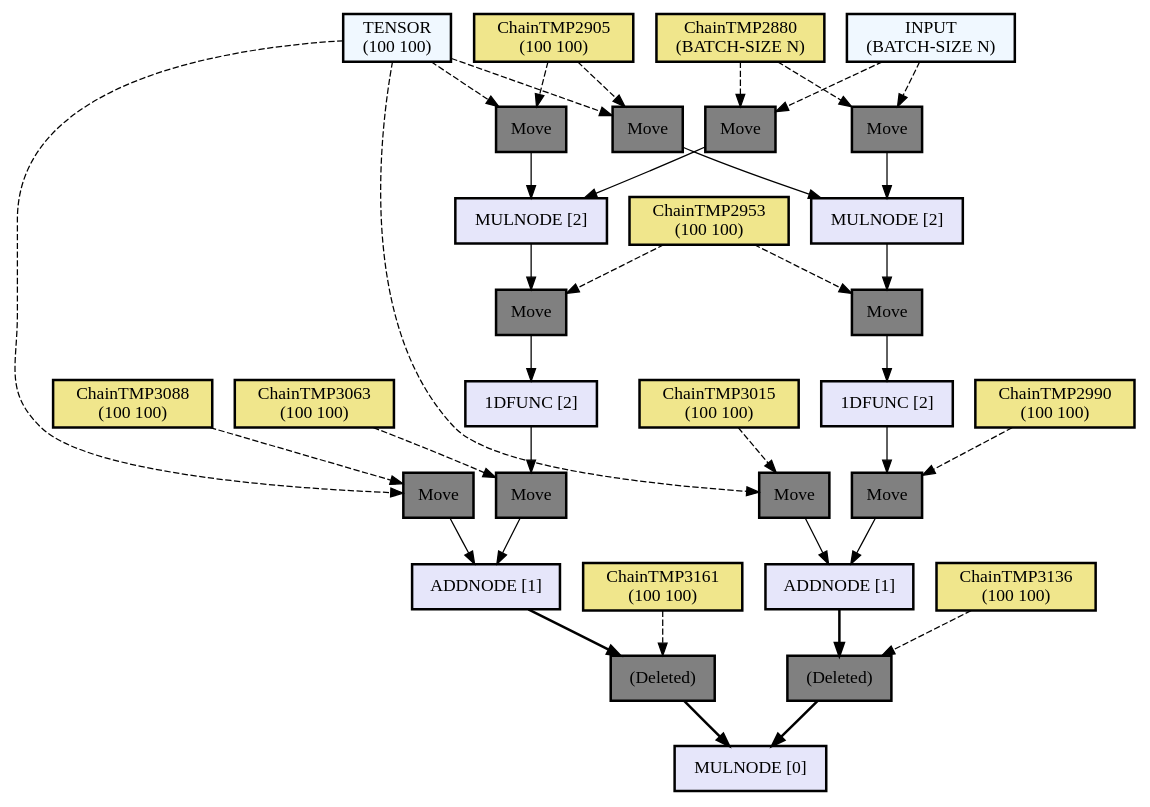
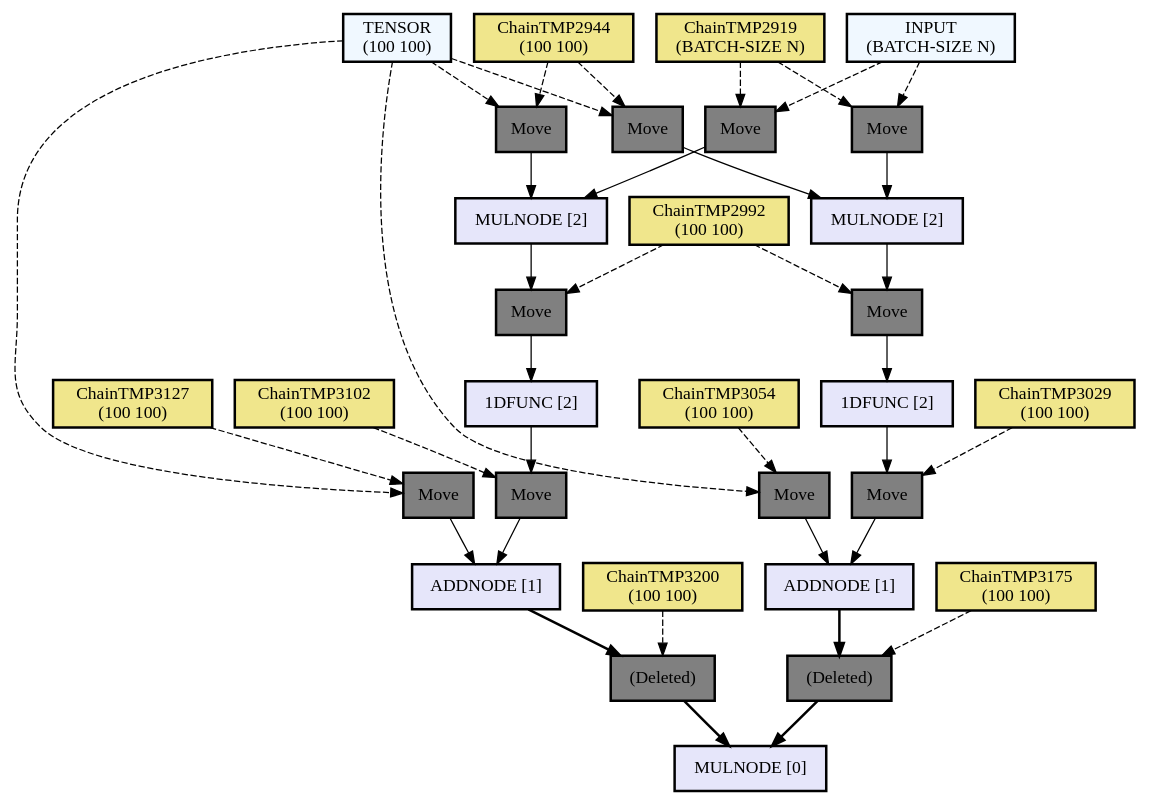
The diagram in assets/out2.dot (hikettei/cl-waffe2), drawn with Graphviz before and after one commit. The commit also changed 9 other files, not shown here.

```diff
--- a/assets/out2.dot
+++ b/assets/out2.dot
@@ -1,94 +1,94 @@
 digraph computation_node {
   node[shape="box" style="filled" color="black" penwidth="2"];
   TENSOR [label = "TENSOR
 (100 100)" fillcolor="#f0f8ff" style="filled, solid"];
-  ChainTMP3088 [label = "ChainTMP3088
+  ChainTMP3127 [label = "ChainTMP3127
 (100 100)" fillcolor="#f0e68c" style="filled, solid"];
-  NODE3380 [label = "Move" fillcolor="gray" style="filled, solid"];
+  NODE3419 [label = "Move" fillcolor="gray" style="filled, solid"];
   TENSOR [label = "TENSOR
 (100 100)" fillcolor="#f0f8ff" style="filled, solid"];
-  ChainTMP2905 [label = "ChainTMP2905
+  ChainTMP2944 [label = "ChainTMP2944
 (100 100)" fillcolor="#f0e68c" style="filled, solid"];
-  NODE3377 [label = "Move" fillcolor="gray" style="filled, solid"];
+  NODE3416 [label = "Move" fillcolor="gray" style="filled, solid"];
   INPUT [label = "INPUT
 (BATCH-SIZE N)" fillcolor="#f0f8ff" style="filled, solid"];
-  ChainTMP2880 [label = "ChainTMP2880
+  ChainTMP2919 [label = "ChainTMP2919
 (BATCH-SIZE N)" fillcolor="#f0e68c" style="filled, solid"];
-  NODE3374 [label = "Move" fillcolor="gray" style="filled, solid"];
-  NODE3373 [label = "MULNODE [2]" fillcolor="#e6e6fa" style="filled, solid"];
-  ChainTMP2953 [label = "ChainTMP2953
+  NODE3413 [label = "Move" fillcolor="gray" style="filled, solid"];
+  NODE3412 [label = "MULNODE [2]" fillcolor="#e6e6fa" style="filled, solid"];
+  ChainTMP2992 [label = "ChainTMP2992
 (100 100)" fillcolor="#f0e68c" style="filled, solid"];
-  NODE3371 [label = "Move" fillcolor="gray" style="filled, solid"];
-  NODE3370 [label = "1DFUNC [2]" fillcolor="#e6e6fa" style="filled, solid"];
-  ChainTMP3063 [label = "ChainTMP3063
+  NODE3410 [label = "Move" fillcolor="gray" style="filled, solid"];
+  NODE3409 [label = "1DFUNC [2]" fillcolor="#e6e6fa" style="filled, solid"];
+  ChainTMP3102 [label = "ChainTMP3102
 (100 100)" fillcolor="#f0e68c" style="filled, solid"];
-  NODE3368 [label = "Move" fillcolor="gray" style="filled, solid"];
-  NODE3367 [label = "ADDNODE [1]" fillcolor="#e6e6fa" style="filled, solid"];
-  ChainTMP3161 [label = "ChainTMP3161
+  NODE3407 [label = "Move" fillcolor="gray" style="filled, solid"];
+  NODE3406 [label = "ADDNODE [1]" fillcolor="#e6e6fa" style="filled, solid"];
+  ChainTMP3200 [label = "ChainTMP3200
 (100 100)" fillcolor="#f0e68c" style="filled, solid"];
-  NODE3365 [label = "(Deleted)" fillcolor="gray" style="filled, solid"];
+  NODE3404 [label = "(Deleted)" fillcolor="gray" style="filled, solid"];
   TENSOR [label = "TENSOR
 (100 100)" fillcolor="#f0f8ff" style="filled, solid"];
-  ChainTMP3015 [label = "ChainTMP3015
+  ChainTMP3054 [label = "ChainTMP3054
 (100 100)" fillcolor="#f0e68c" style="filled, solid"];
-  NODE3362 [label = "Move" fillcolor="gray" style="filled, solid"];
+  NODE3401 [label = "Move" fillcolor="gray" style="filled, solid"];
   TENSOR [label = "TENSOR
 (100 100)" fillcolor="#f0f8ff" style="filled, solid"];
-  ChainTMP2905 [label = "ChainTMP2905
+  ChainTMP2944 [label = "ChainTMP2944
 (100 100)" fillcolor="#f0e68c" style="filled, solid"];
-  NODE3359 [label = "Move" fillcolor="gray" style="filled, solid"];
+  NODE3398 [label = "Move" fillcolor="gray" style="filled, solid"];
   INPUT [label = "INPUT
 (BATCH-SIZE N)" fillcolor="#f0f8ff" style="filled, solid"];
-  ChainTMP2880 [label = "ChainTMP2880
+  ChainTMP2919 [label = "ChainTMP2919
 (BATCH-SIZE N)" fillcolor="#f0e68c" style="filled, solid"];
-  NODE3356 [label = "Move" fillcolor="gray" style="filled, solid"];
-  NODE3355 [label = "MULNODE [2]" fillcolor="#e6e6fa" style="filled, solid"];
-  ChainTMP2953 [label = "ChainTMP2953
+  NODE3395 [label = "Move" fillcolor="gray" style="filled, solid"];
+  NODE3394 [label = "MULNODE [2]" fillcolor="#e6e6fa" style="filled, solid"];
+  ChainTMP2992 [label = "ChainTMP2992
 (100 100)" fillcolor="#f0e68c" style="filled, solid"];
-  NODE3353 [label = "Move" fillcolor="gray" style="filled, solid"];
-  NODE3352 [label = "1DFUNC [2]" fillcolor="#e6e6fa" style="filled, solid"];
-  ChainTMP2990 [label = "ChainTMP2990
+  NODE3392 [label = "Move" fillcolor="gray" style="filled, solid"];
+  NODE3391 [label = "1DFUNC [2]" fillcolor="#e6e6fa" style="filled, solid"];
+  ChainTMP3029 [label = "ChainTMP3029
 (100 100)" fillcolor="#f0e68c" style="filled, solid"];
-  NODE3350 [label = "Move" fillcolor="gray" style="filled, solid"];
-  NODE3349 [label = "ADDNODE [1]" fillcolor="#e6e6fa" style="filled, solid"];
-  ChainTMP3136 [label = "ChainTMP3136
+  NODE3389 [label = "Move" fillcolor="gray" style="filled, solid"];
+  NODE3388 [label = "ADDNODE [1]" fillcolor="#e6e6fa" style="filled, solid"];
+  ChainTMP3175 [label = "ChainTMP3175
 (100 100)" fillcolor="#f0e68c" style="filled, solid"];
-  NODE3347 [label = "(Deleted)" fillcolor="gray" style="filled, solid"];
-  NODE3346 [label = "MULNODE [0]" fillcolor="#e6e6fa" style="filled, solid"];
-  NODE3347 -> NODE3346[penwidth="2"];
-  ChainTMP3136 -> NODE3347[style="dashed"];
-  NODE3349 -> NODE3347[penwidth="2"];
-  NODE3350 -> NODE3349[weight=10];
-  ChainTMP2990 -> NODE3350[style="dashed"];
-  NODE3352 -> NODE3350[weight=10];
-  NODE3353 -> NODE3352[weight=10];
-  ChainTMP2953 -> NODE3353[style="dashed"];
-  NODE3355 -> NODE3353[weight=10];
-  NODE3356 -> NODE3355[weight=10];
-  ChainTMP2880 -> NODE3356[style="dashed"];
-  INPUT -> NODE3356[style="dashed"];
-  NODE3359 -> NODE3355[weight=10];
-  ChainTMP2905 -> NODE3359[style="dashed"];
-  TENSOR -> NODE3359[style="dashed"];
-  NODE3362 -> NODE3349[weight=10];
-  ChainTMP3015 -> NODE3362[style="dashed"];
-  TENSOR -> NODE3362[style="dashed"];
-  NODE3365 -> NODE3346[penwidth="2"];
-  ChainTMP3161 -> NODE3365[style="dashed"];
-  NODE3367 -> NODE3365[penwidth="2"];
-  NODE3368 -> NODE3367[weight=10];
-  ChainTMP3063 -> NODE3368[style="dashed"];
-  NODE3370 -> NODE3368[weight=10];
-  NODE3371 -> NODE3370[weight=10];
-  ChainTMP2953 -> NODE3371[style="dashed"];
-  NODE3373 -> NODE3371[weight=10];
-  NODE3374 -> NODE3373[weight=10];
-  ChainTMP2880 -> NODE3374[style="dashed"];
-  INPUT -> NODE3374[style="dashed"];
-  NODE3377 -> NODE3373[weight=10];
-  ChainTMP2905 -> NODE3377[style="dashed"];
-  TENSOR -> NODE3377[style="dashed"];
-  NODE3380 -> NODE3367[weight=10];
-  ChainTMP3088 -> NODE3380[style="dashed"];
-  TENSOR -> NODE3380[style="dashed"];
+  NODE3386 [label = "(Deleted)" fillcolor="gray" style="filled, solid"];
+  NODE3385 [label = "MULNODE [0]" fillcolor="#e6e6fa" style="filled, solid"];
+  NODE3386 -> NODE3385[penwidth="2"];
+  ChainTMP3175 -> NODE3386[style="dashed"];
+  NODE3388 -> NODE3386[penwidth="2"];
+  NODE3389 -> NODE3388[weight=10];
+  ChainTMP3029 -> NODE3389[style="dashed"];
+  NODE3391 -> NODE3389[weight=10];
+  NODE3392 -> NODE3391[weight=10];
+  ChainTMP2992 -> NODE3392[style="dashed"];
+  NODE3394 -> NODE3392[weight=10];
+  NODE3395 -> NODE3394[weight=10];
+  ChainTMP2919 -> NODE3395[style="dashed"];
+  INPUT -> NODE3395[style="dashed"];
+  NODE3398 -> NODE3394[weight=10];
+  ChainTMP2944 -> NODE3398[style="dashed"];
+  TENSOR -> NODE3398[style="dashed"];
+  NODE3401 -> NODE3388[weight=10];
+  ChainTMP3054 -> NODE3401[style="dashed"];
+  TENSOR -> NODE3401[style="dashed"];
+  NODE3404 -> NODE3385[penwidth="2"];
+  ChainTMP3200 -> NODE3404[style="dashed"];
+  NODE3406 -> NODE3404[penwidth="2"];
+  NODE3407 -> NODE3406[weight=10];
+  ChainTMP3102 -> NODE3407[style="dashed"];
+  NODE3409 -> NODE3407[weight=10];
+  NODE3410 -> NODE3409[weight=10];
+  ChainTMP2992 -> NODE3410[style="dashed"];
+  NODE3412 -> NODE3410[weight=10];
+  NODE3413 -> NODE3412[weight=10];
+  ChainTMP2919 -> NODE3413[style="dashed"];
+  INPUT -> NODE3413[style="dashed"];
+  NODE3416 -> NODE3412[weight=10];
+  ChainTMP2944 -> NODE3416[style="dashed"];
+  TENSOR -> NODE3416[style="dashed"];
+  NODE3419 -> NODE3406[weight=10];
+  ChainTMP3127 -> NODE3419[style="dashed"];
+  TENSOR -> NODE3419[style="dashed"];
 }
```
